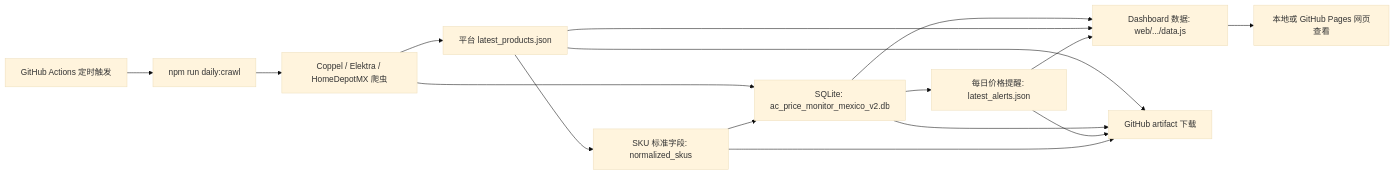
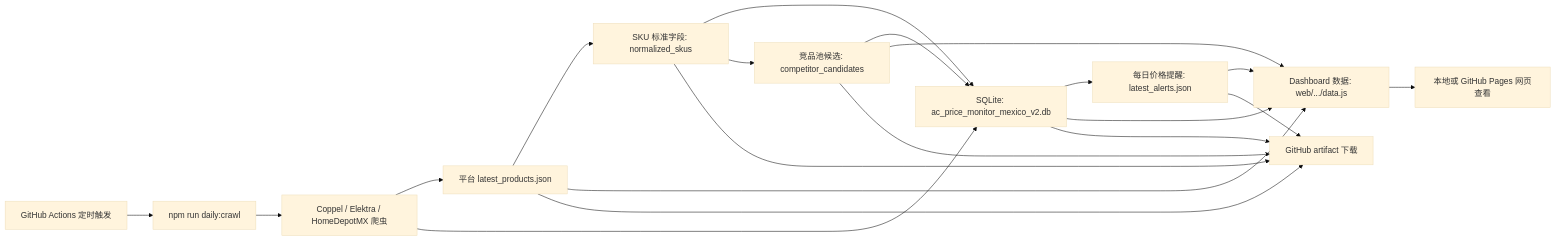
The diagram in 09_20260606_竞品分析自动化阶段总复盘与经验.md (uvapengwang2023/mx-ac-tracker), drawn with Mermaid (base theme) before and after one commit. The commit also changed other lines of this file and 13 other files, not shown here.

````diff
--- a/09_20260606_竞品分析自动化阶段总复盘与经验.md
+++ b/09_20260606_竞品分析自动化阶段总复盘与经验.md
@@ -34,18 +36,22 @@
 ```mermaid
 flowchart LR
   A["GitHub Actions 定时触发"] --> B["npm run daily:crawl"]
   B --> C["Coppel / Elektra / HomeDepotMX 爬虫"]
   C --> D["平台 latest_products.json"]
   C --> E["SQLite: ac_price_monitor_mexico_v2.db"]
   E --> F["每日价格提醒: latest_alerts.json"]
   D --> G["SKU 标准字段: normalized_skus"]
   G --> E
+  G --> K["竞品池候选: competitor_candidates"]
+  K --> E
   E --> H["Dashboard 数据: web/.../data.js"]
   D --> H
   F --> H
+  K --> H
   H --> I["本地或 GitHub Pages 网页查看"]
   D --> J["GitHub artifact 下载"]
   E --> J
   F --> J
   G --> J
+  K --> J
 ```
````
